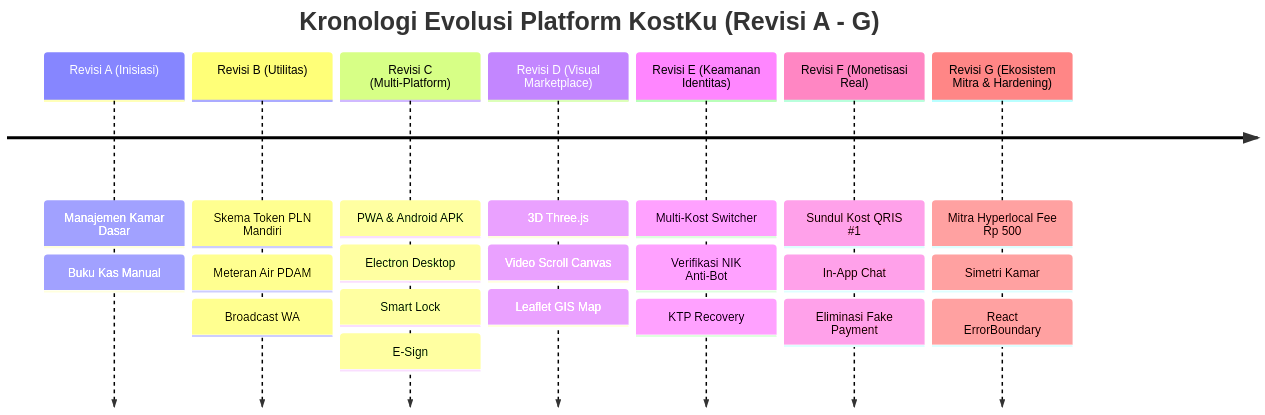
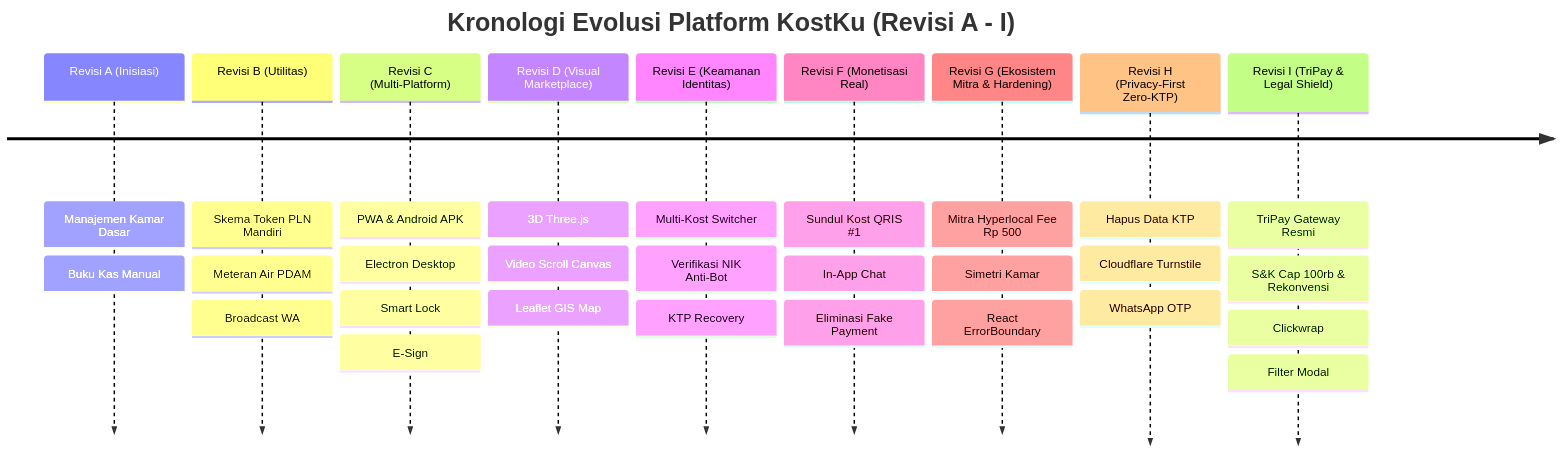
One commit to renartacayle/kostku changed the seventh of 7 diagrams in docs/SKPL_KostKu.md. Above: the diagram before and after it, drawn with Mermaid. The commit also changed other lines of this file and 191 other files, not shown here.

First line of the commit message:
feat: complete multi-device overhaul, popup filter modal, mobile banner swipe, and user preference mouse tracking engine

````diff
--- a/docs/SKPL_KostKu.md
+++ b/docs/SKPL_KostKu.md
@@ -711,11 +740,13 @@
 ```mermaid
 timeline
-    title Kronologi Evolusi Platform KostKu (Revisi A - G)
+    title Kronologi Evolusi Platform KostKu (Revisi A - I)
     Revisi A (Inisiasi) : Manajemen Kamar Dasar : Buku Kas Manual
     Revisi B (Utilitas) : Skema Token PLN Mandiri : Meteran Air PDAM : Broadcast WA
     Revisi C (Multi-Platform) : PWA & Android APK : Electron Desktop : Smart Lock : E-Sign
     Revisi D (Visual Marketplace) : 3D Three.js : Video Scroll Canvas : Leaflet GIS Map
     Revisi E (Keamanan Identitas) : Multi-Kost Switcher : Verifikasi NIK Anti-Bot : KTP Recovery
     Revisi F (Monetisasi Real) : Sundul Kost QRIS #1 : In-App Chat : Eliminasi Fake Payment
     Revisi G (Ekosistem Mitra & Hardening) : Mitra Hyperlocal Fee Rp 500 : Simetri Kamar : React ErrorBoundary
+    Revisi H (Privacy-First Zero-KTP) : Hapus Data KTP : Cloudflare Turnstile : WhatsApp OTP
+    Revisi I (TriPay & Legal Shield) : TriPay Gateway Resmi : S&K Cap 100rb & Rekonvensi : Clickwrap : Filter Modal
 ```
````
